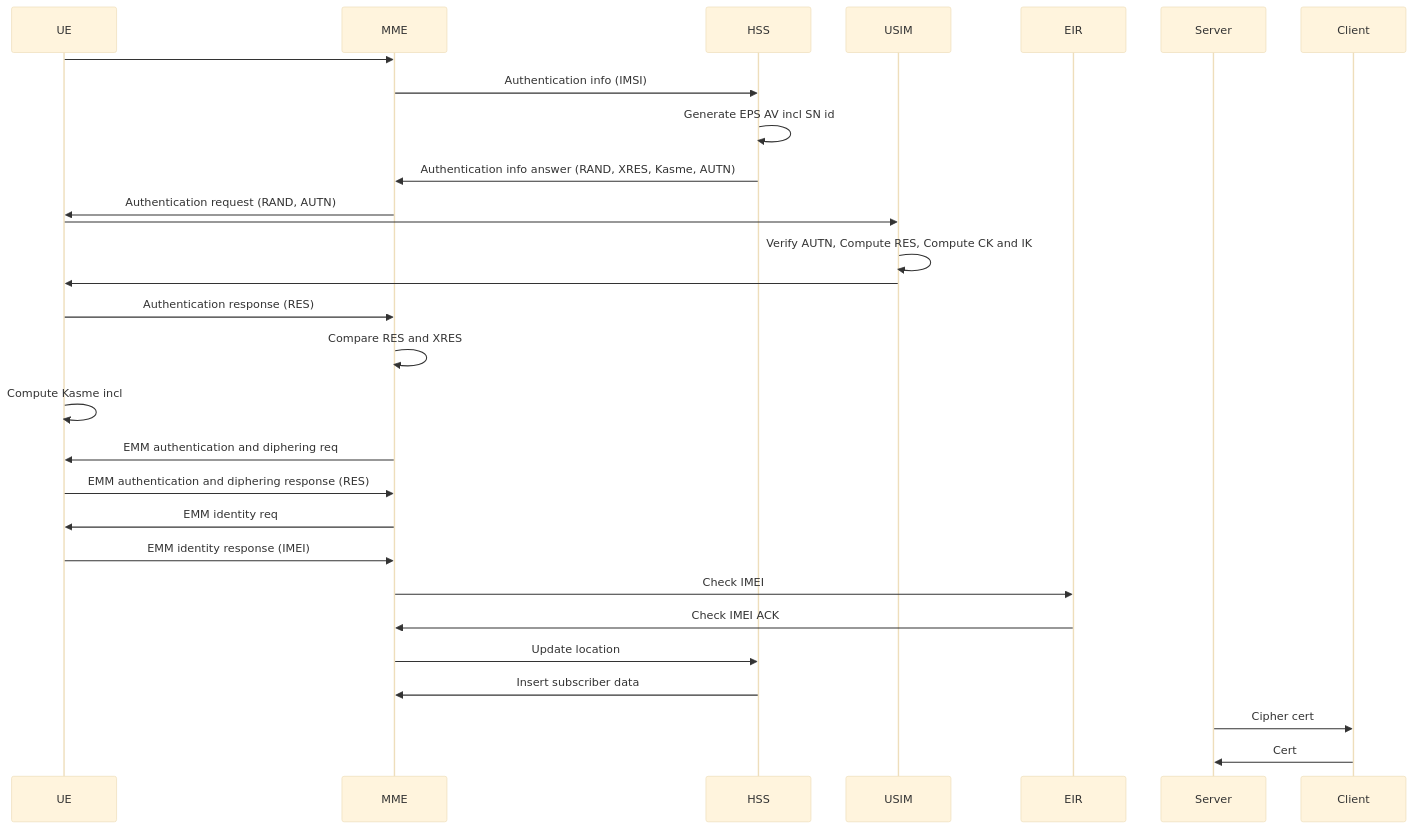
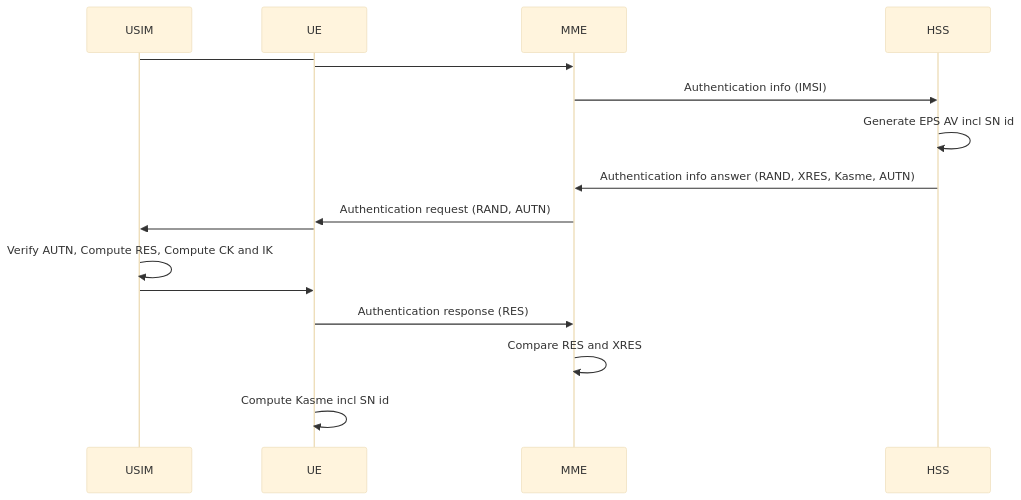
The diagram in ARM.md (ThomasRochette/NoteCours), drawn with Mermaid (base theme) before and after one commit. The commit also changed other lines of this file, not shown here.

Commit message:
Uploaded by https://stackedit.io/

````diff
--- a/ARM.md
+++ b/ARM.md
@@ -80,25 +80,15 @@
 ```mermaid
 sequenceDiagram
+USIM -> UE: 
 UE ->> MME: 
 MME ->> HSS: Authentication info (IMSI)
 HSS ->> HSS: Generate EPS AV incl SN id
 HSS ->> MME: Authentication info answer (RAND, XRES, Kasme, AUTN)
 MME ->> UE: Authentication request (RAND, AUTN)
 UE ->> USIM: 
 USIM ->> USIM: Verify AUTN, Compute RES, Compute CK and IK
 USIM ->> UE: 
 UE ->> MME: Authentication response (RES)
 MME ->> MME: Compare RES and XRES
-UE ->> UE: Compute Kasme incl  
-
-MME ->> UE: EMM authentication and diphering req
-UE ->> MME: EMM authentication and diphering response (RES)
-MME ->> UE: EMM identity req
-UE ->> MME: EMM identity response (IMEI)
-MME ->> EIR: Check IMEI
-EIR ->> MME: Check IMEI ACK
-MME ->> HSS: Update location
-HSS ->> MME: Insert subscriber data
-Server ->> Client: Cipher cert
-Client ->> Server: Cert
+UE ->> UE: Compute Kasme incl SN id
 ```
````
